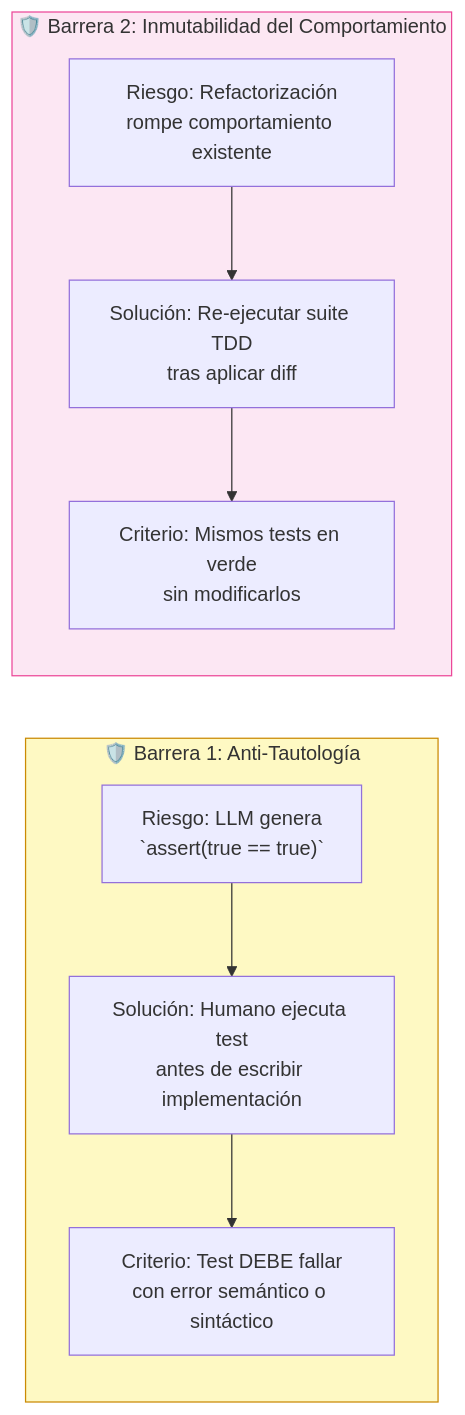
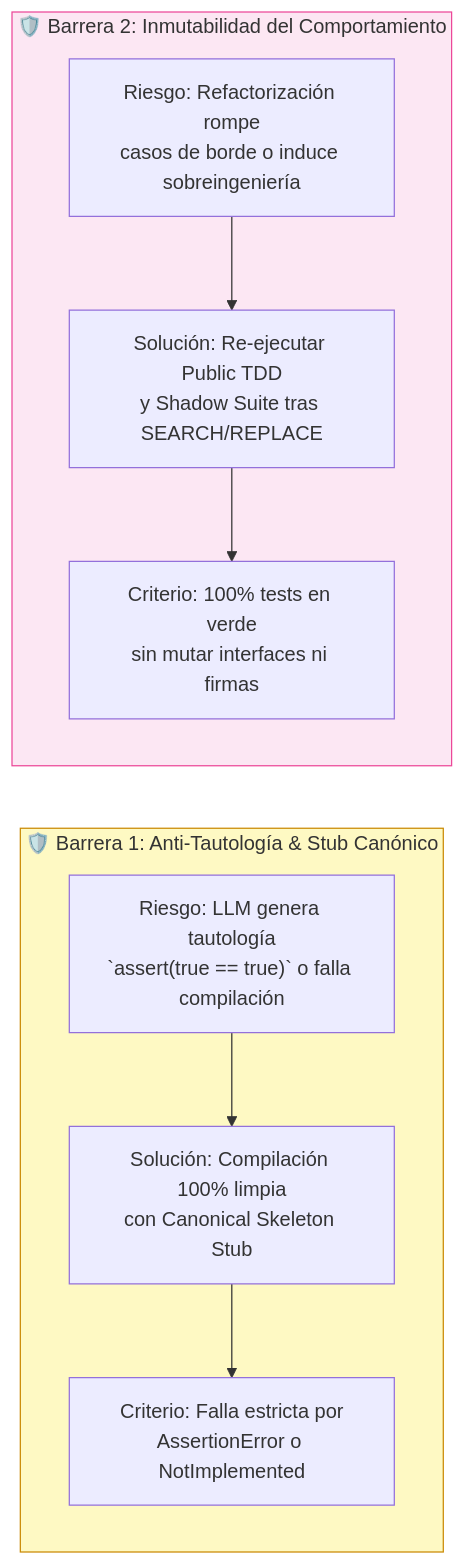
Before and after one commit to brunoguzman-dev/H-AXP: the second of 2 diagrams in diagrams/red-green-refactor.md, drawn with Mermaid. The commit also changed other lines of this file and 20 other files, not shown here.

````diff
--- a/diagrams/red-green-refactor.md
+++ b/diagrams/red-green-refactor.md
@@ -63,19 +71,19 @@
 ```mermaid
 graph LR
-    subgraph B1["🛡️ Barrera 1: Anti-Tautología"]
-        B1A["Riesgo: LLM genera\n`assert(true == true)`"]
-        B1B["Solución: Humano ejecuta test\nantes de escribir implementación"]
-        B1C["Criterio: Test DEBE fallar\ncon error semántico o sintáctico"]
+    subgraph B1["🛡️ Barrera 1: Anti-Tautología & Stub Canónico"]
+        B1A["Riesgo: LLM genera tautología\n`assert(true == true)` o falla compilación"]
+        B1B["Solución: Compilación 100% limpia\ncon Canonical Skeleton Stub"]
+        B1C["Criterio: Falla estricta por\nAssertionError o NotImplemented"]
         B1A --> B1B --> B1C
     end
 
     subgraph B2["🛡️ Barrera 2: Inmutabilidad del Comportamiento"]
-        B2A["Riesgo: Refactorización\nrompe comportamiento existente"]
-        B2B["Solución: Re-ejecutar suite TDD\ntras aplicar diff"]
-        B2C["Criterio: Mismos tests en verde\nsin modificarlos"]
+        B2A["Riesgo: Refactorización rompe\ncasos de borde o induce sobreingeniería"]
+        B2B["Solución: Re-ejecutar Public TDD\ny Shadow Suite tras SEARCH/REPLACE"]
+        B2C["Criterio: 100% tests en verde\nsin mutar interfaces ni firmas"]
         B2A --> B2B --> B2C
     end
 
     style B1 fill:#fef9c3,stroke:#ca8a04
     style B2 fill:#fce7f3,stroke:#ec4899
 ```
````
